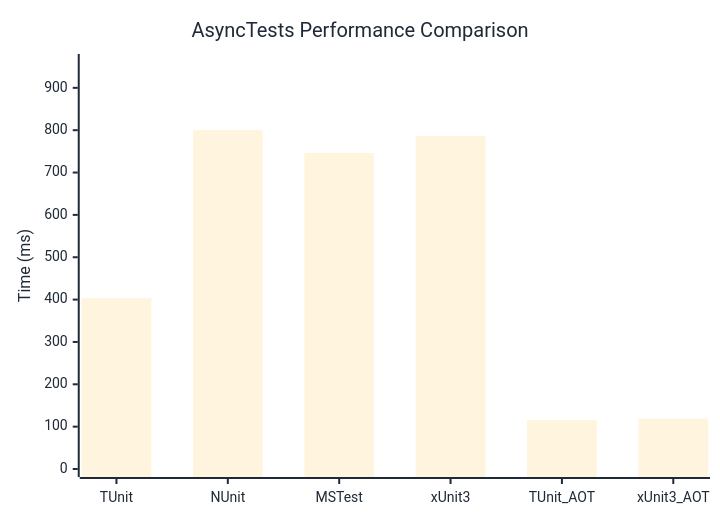
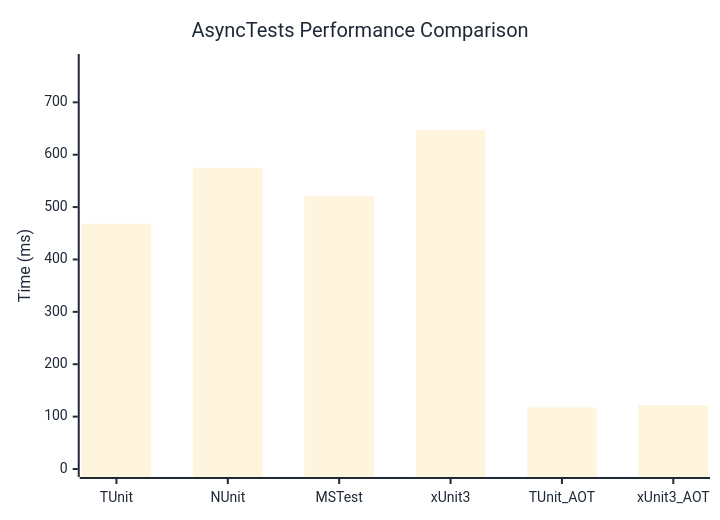
One commit to thomhurst/TUnit changed the diagram in docs/docs/benchmarks/engine/AsyncTests.md. Above: the diagram before and after it, drawn with Mermaid. The commit also changed other lines of this file and 17 other files, not shown here.

````diff
--- a/docs/docs/benchmarks/engine/AsyncTests.md
+++ b/docs/docs/benchmarks/engine/AsyncTests.md
@@ -30,37 +30,37 @@
 ```mermaid
 %%{init: {
   'theme':'base',
   'themeVariables': {
     'primaryColor': '#2563eb',
     'primaryTextColor': '#1f2937',
     'primaryBorderColor': '#1e40af',
     'lineColor': '#6b7280',
     'secondaryColor': '#7c3aed',
     'tertiaryColor': '#dc2626',
     'background': '#ffffff',
     'mainBkg': '#2563eb',
     'secondBkg': '#7c3aed',
     'tertiaryBkg': '#dc2626',
     'clusterBkg': '#f3f4f6',
     'edgeLabelBackground': '#ffffff',
     'tertiaryTextColor': '#1f2937',
     'pie1': '#2563eb',
     'pie2': '#7c3aed',
     'pie3': '#dc2626',
     'pie4': '#f59e0b',
     'pie5': '#10b981',
     'pie6': '#06b6d4',
     'pie7': '#ec4899',
     'pie8': '#6366f1',
     'pie9': '#84cc16',
     'pie10': '#f97316',
     'pie11': '#14b8a6',
     'pie12': '#a855f7'
   }
 }}%%
 xychart-beta
   title "AsyncTests Performance Comparison"
   x-axis ["TUnit", "NUnit", "MSTest", "xUnit3", "TUnit_AOT", "xUnit3_AOT"]
-  y-axis "Time (ms)" 0 --> 961
-  bar [403.5, 800.5, 746.2, 786, 115.3, 119]
+  y-axis "Time (ms)" 0 --> 777
+  bar [468.5, 575.4, 521.6, 647.3, 117.6, 122]
 ```
````
